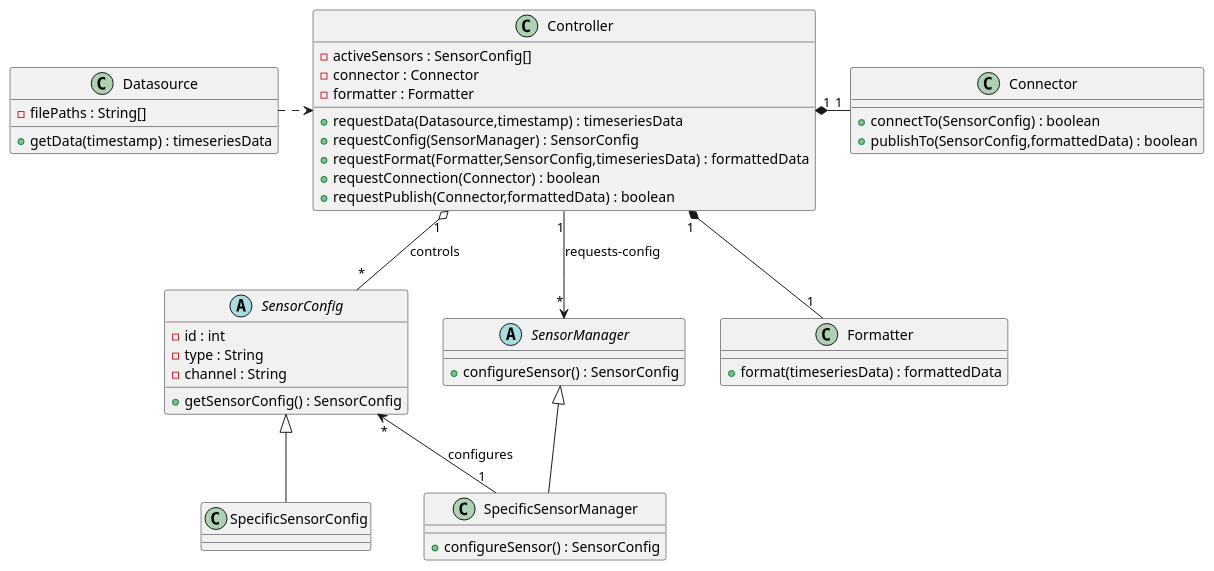
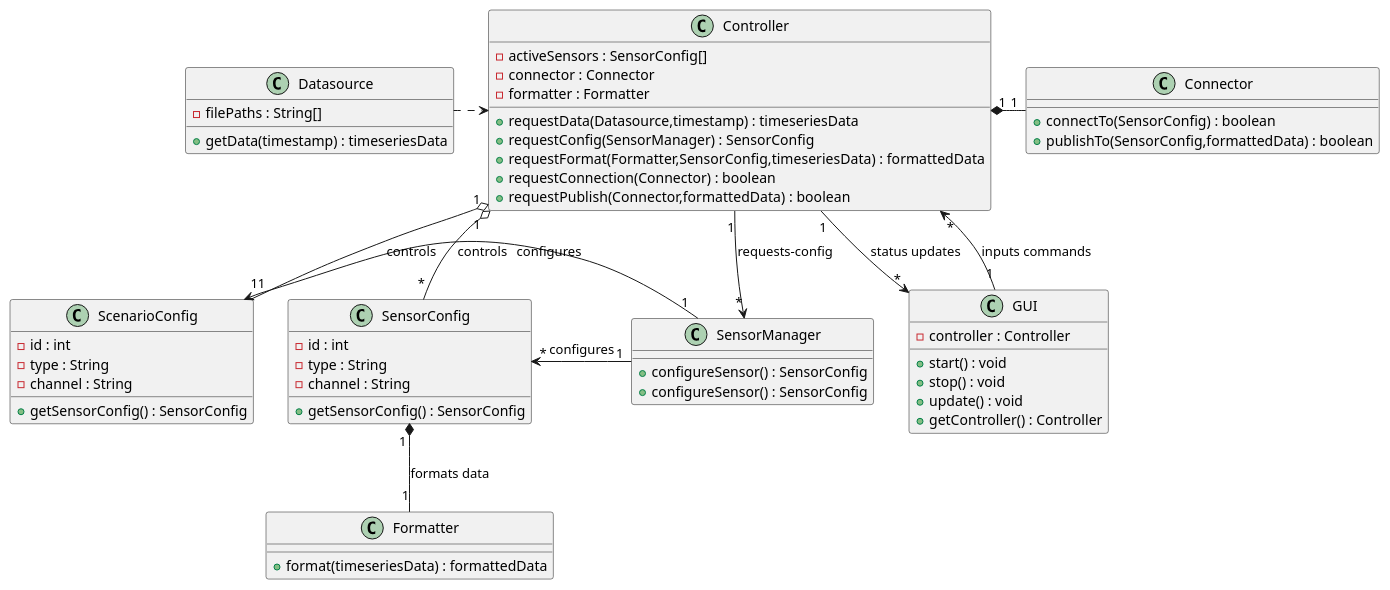
One commit to Hobbamok/IoT_VirtualApartment changed the diagram in documentation/classDiagram.plantuml. Above: the diagram before and after it, drawn with PlantUML. The commit also changed 7 other files, not shown here.

```diff
--- a/documentation/classDiagram.plantuml
+++ b/documentation/classDiagram.plantuml
@@ -1,48 +1,66 @@
 @startuml classDiagram
 class Datasource {
     -filePaths : String[]
     +getData(timestamp) : timeseriesData
+}
+
+class GUI {
+    -controller : Controller
+    +start() : void
+    +stop() : void
+    +update() : void
+    +getController() : Controller
 }
 class Controller {
     -activeSensors : SensorConfig[]
     -connector : Connector
     -formatter : Formatter
     +requestData(Datasource,timestamp) : timeseriesData
     +requestConfig(SensorManager) : SensorConfig
     +requestFormat(Formatter,SensorConfig,timeseriesData) : formattedData
     +requestConnection(Connector) : boolean
     +requestPublish(Connector,formattedData) : boolean
 }
 class Connector {
     +connectTo(SensorConfig) : boolean
     +publishTo(SensorConfig,formattedData) : boolean
 }
 class Formatter {
  +format(timeseriesData) : formattedData
 }
 abstract class SensorManager {
  +configureSensor() : SensorConfig
 }
-class SpecificSensorManager {
+class SensorManager {
  +configureSensor() : SensorConfig
 }
-abstract class SensorConfig {
+class SensorConfig {
     -id : int
     -type : String
     -channel : String
     +getSensorConfig() : SensorConfig
 }
-class SpecificSensorConfig {
+
+class ScenarioConfig {
+    -id : int
+    -type : String
+    -channel : String
+    +getSensorConfig() : SensorConfig
 }
 
-SpecificSensorConfig -u-|> SensorConfig
-SpecificSensorManager -u-|> SensorManager
-SpecificSensorManager "1" -l-> "*" SensorConfig : configures
+
+SensorManager "1" -l-> "*" SensorConfig : configures
+SensorManager "1" -l-> "1" ScenarioConfig : configures
+
+GUI "1" -d-> "*" Controller : inputs commands
+Controller "1" -d-> "*" GUI : status updates
+
+Controller "1" o-d- "1" ScenarioConfig : controls
 
 Controller "1" o-d- "*" SensorConfig : controls
 Controller "1" -d-> "*" SensorManager : requests-config
 Controller <.l. Datasource
-Controller "1 "*-- "1" Formatter
+SensorConfig "1 "*-- "1" Formatter : formats data
 Controller "1" *-r- "1" Connector
 
 @enduml
```
